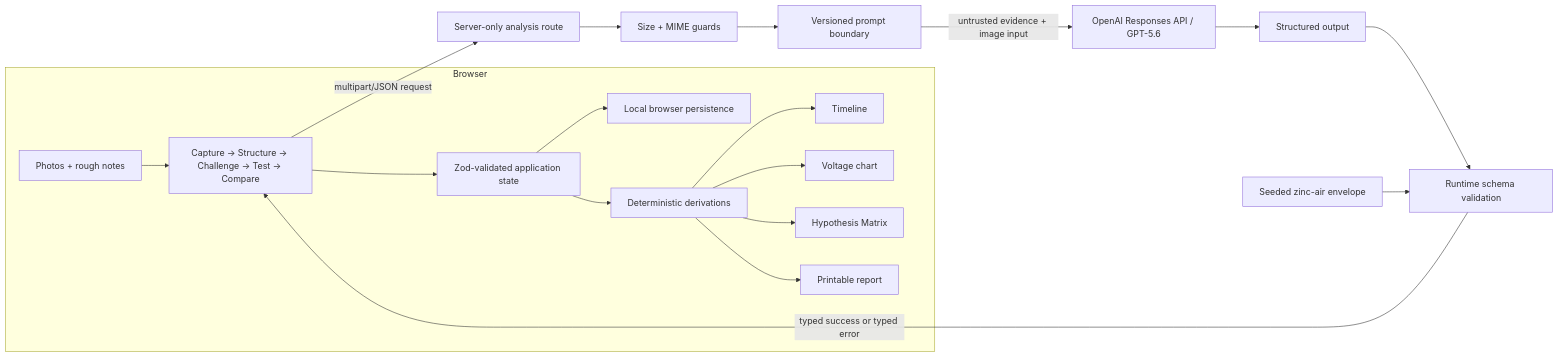
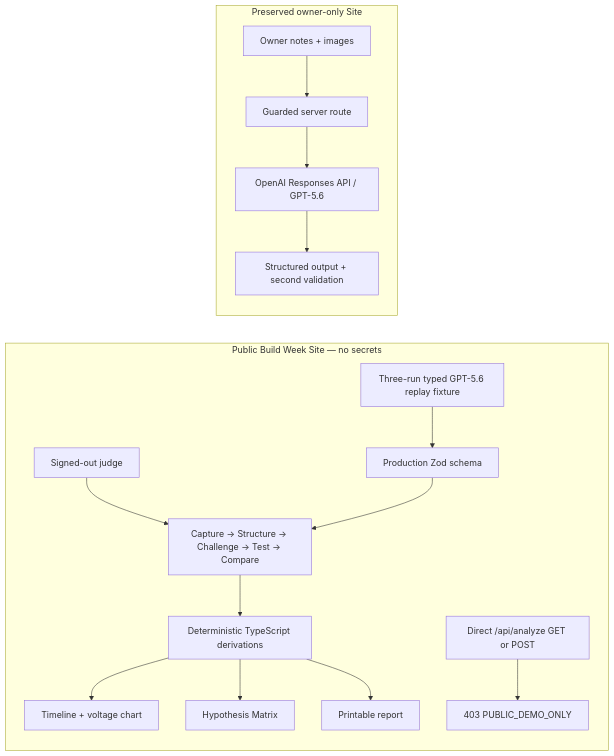
Before and after one commit to samuraicobra/BenchPilot: the first of 2 diagrams in ARCHITECTURE.md, drawn with Mermaid. The commit also changed other lines of this file and 26 other files, not shown here.

Commit message:
release: prepare BenchPilot Build Week public demo

````diff
--- a/ARCHITECTURE.md
+++ b/ARCHITECTURE.md
@@ -5,23 +5,19 @@
 ```mermaid
 flowchart LR
-  subgraph Browser["Browser"]
-    U["Photos + rough notes"] --> W["Capture → Structure → Challenge → Test → Compare"]
-    W --> V["Zod-validated application state"]
-    V --> L["Local browser persistence"]
-    V --> D["Deterministic derivations"]
-    D --> T["Timeline"]
-    D --> C["Voltage chart"]
+  subgraph Public["Public Build Week Site — no secrets"]
+    J["Signed-out judge"] --> UI["Capture → Structure → Challenge → Test → Compare"]
+    F["Three-run typed GPT-5.6 replay fixture"] --> Z["Production Zod schema"]
+    Z --> UI
+    UI --> D["Deterministic TypeScript derivations"]
+    D --> C["Timeline + voltage chart"]
     D --> M["Hypothesis Matrix"]
     D --> R["Printable report"]
+    X["Direct /api/analyze GET or POST"] --> B["403 PUBLIC_DEMO_ONLY"]
   end
 
-  W -->|"multipart/JSON request"| A["Server-only analysis route"]
-  A --> G["Size + MIME guards"]
-  G --> P["Versioned prompt boundary"]
-  P -->|"untrusted evidence + image input"| O["OpenAI Responses API / GPT-5.6"]
-  O --> S["Structured output"]
-  S --> Z["Runtime schema validation"]
-  Z -->|"typed success or typed error"| W
-
-  E["Seeded zinc-air envelope"] --> Z
+  subgraph Private["Preserved owner-only Site"]
+    O["Owner notes + images"] --> A["Guarded server route"]
+    A --> G["OpenAI Responses API / GPT-5.6"]
+    G --> V["Structured output + second validation"]
+  end
 ```
````
